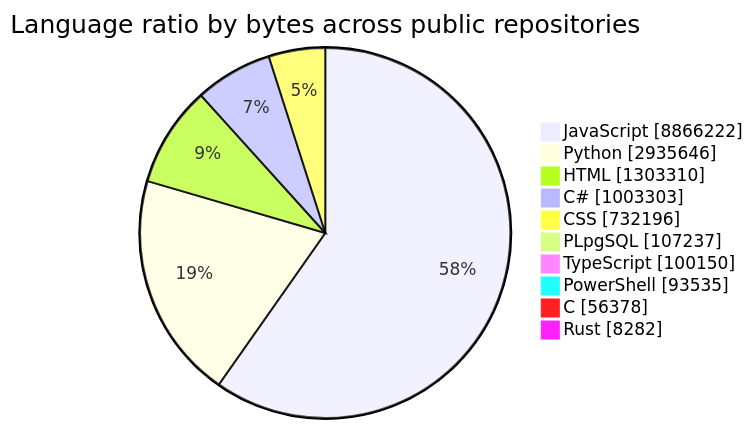
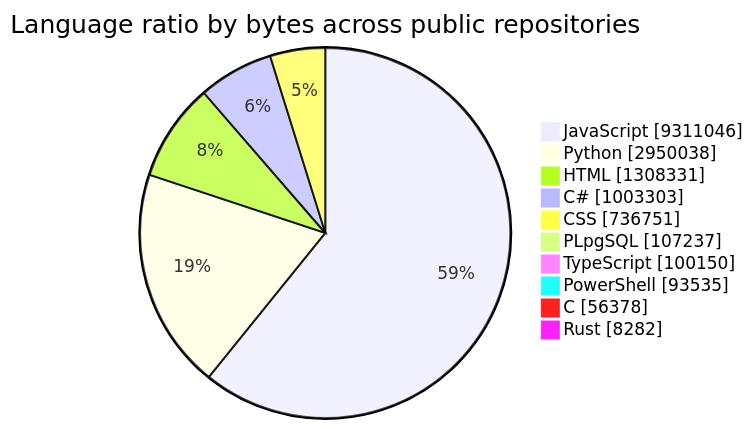
Before and after one commit to tchinso/tchinso: the first of 2 diagrams in README.md, drawn with Mermaid. The commit also changed other lines of this file, not shown here.

````diff
--- a/README.md
+++ b/README.md
@@ -27,14 +27,14 @@
 ```mermaid
 pie showData
     title Language ratio by bytes across public repositories
-    "JavaScript" : 8866222
-    "Python" : 2935646
-    "HTML" : 1303310
+    "JavaScript" : 9311046
+    "Python" : 2950038
+    "HTML" : 1308331
     "C#" : 1003303
-    "CSS" : 732196
+    "CSS" : 736751
     "PLpgSQL" : 107237
     "TypeScript" : 100150
     "PowerShell" : 93535
     "C" : 56378
     "Rust" : 8282
 ```
````
